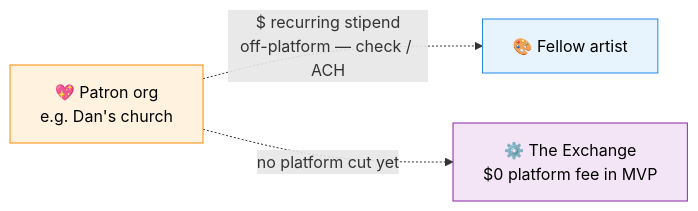
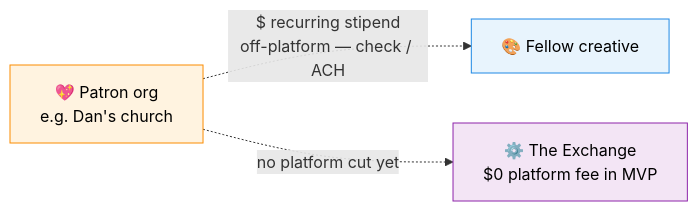
The fifth of 7 diagrams in docs/the-exchange-mvp.md (rockodragon/wonderwall), drawn with Mermaid before and after one commit. The commit also changed other lines of this file and 7 other files, not shown here.

````diff
--- a/docs/the-exchange-mvp.md
+++ b/docs/the-exchange-mvp.md
@@ -185,14 +188,14 @@
 ```mermaid
 flowchart LR
     classDef src fill:#FFF3E0,stroke:#FB8C00,color:#000
     classDef sink fill:#E8F4FD,stroke:#1E88E5,color:#000
     classDef pool fill:#E8F5E9,stroke:#43A047,color:#000
     classDef plat fill:#F3E5F5,stroke:#8E24AA,color:#000
 
     PATRON[💖 Patron org<br/>e.g. Dan's church]:::src
-    ARTIST[🎨 Fellow artist]:::sink
+    ARTIST[🎨 Fellow creative]:::sink
     PLATFORM[⚙️ The Exchange<br/>$0 platform fee in MVP]:::plat
 
     PATRON -. "$ recurring stipend<br/>off-platform — check / ACH" .-> ARTIST
     PATRON -. "no platform cut yet" .-> PLATFORM
 ```
````
